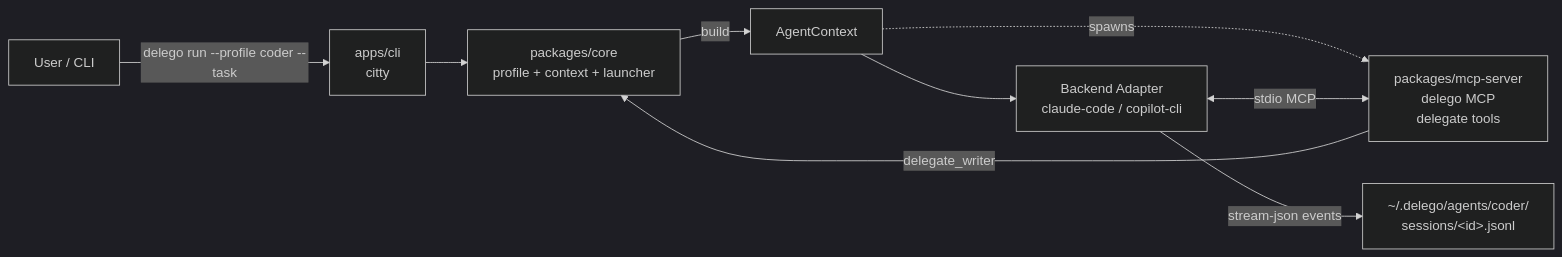
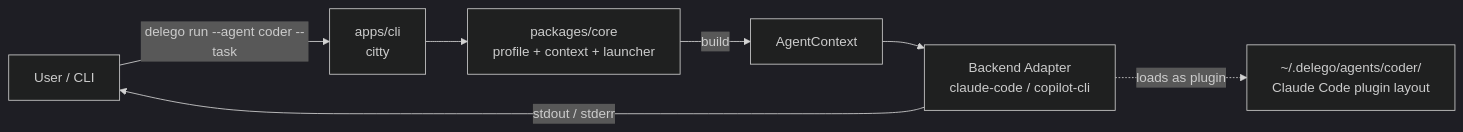
One commit to unliftedq/kman changed the first of 2 diagrams in docs/DESIGN.md. Above: the diagram before and after it, drawn with Mermaid (dark theme). The commit also changed other lines of this file, not shown here.

Commit message:
Refactor design document for Delego

````diff
--- a/docs/DESIGN.md
+++ b/docs/DESIGN.md
@@ -35,11 +39,9 @@
 ```mermaid
 flowchart LR
-    user[User / CLI] -->|delego run --profile coder --task| cli[apps/cli<br/>citty]
+    user[User / CLI] -->|delego run --agent coder --task| cli[apps/cli<br/>citty]
     cli --> core[packages/core<br/>profile + context + launcher]
     core -->|build| ctx[AgentContext]
     ctx --> backend[Backend Adapter<br/>claude-code / copilot-cli]
-    ctx -.spawns.-> mcp[packages/mcp-server<br/>delego MCP<br/>delegate tools]
-    backend <-->|stdio MCP| mcp
-    mcp -->|delegate_writer| core
-    backend -->|stream-json events| log[~/.delego/agents/coder/<br/>sessions/&lt;id&gt;.jsonl]
+    backend -.loads as plugin.-> dir[~/.delego/agents/coder/<br/>Claude Code plugin layout]
+    backend -->|stdout / stderr| user
 ```
````
